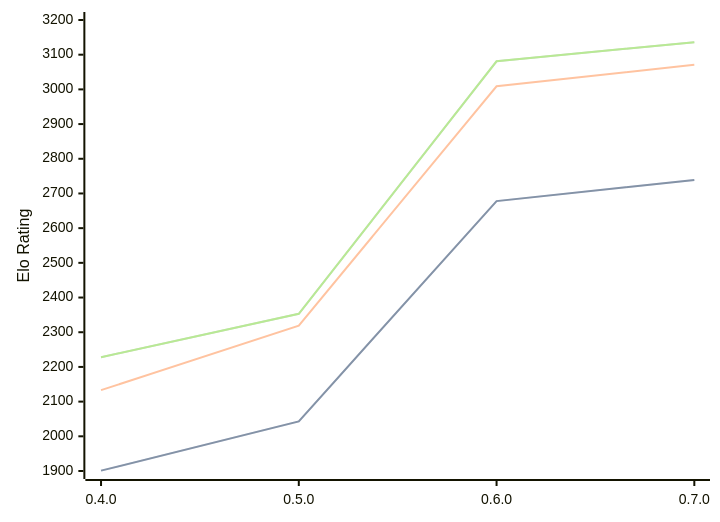
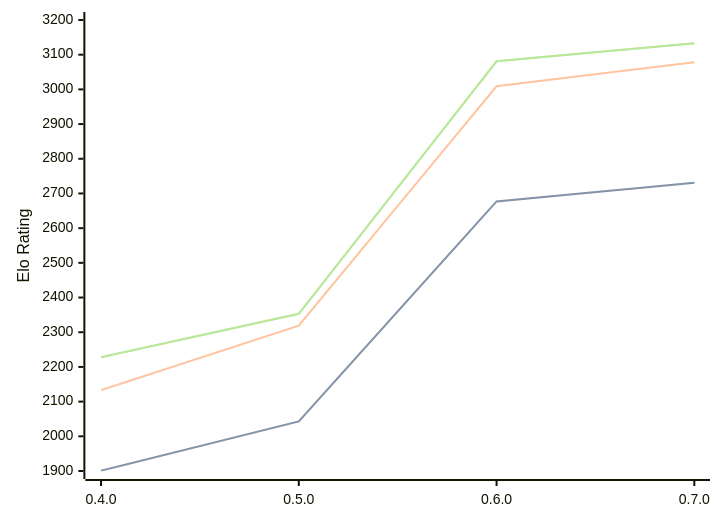
Before and after one commit to computer-chess-index/cci: the diagram in engines/AteNika.md, drawn with Mermaid. The commit also changed other lines of this file, not shown here.

Commit message:
Update CCI Ratings (ELO VLTC) - 2026-09-26

````diff
--- a/engines/AteNika.md
+++ b/engines/AteNika.md
@@ -34,11 +34,11 @@
 ```mermaid
 %%{init: {"theme":"base","themeVariables":{"seriesColors:['#a3a3a3','#222221','#faa371']}}}%%
 xychart-beta
   x-axis ["0.4.0", "0.5.0", "0.6.0", "0.7.0"]
   y-axis "Elo Rating" 1900 --> 3200
-  line "" [1901, 2043, 2678, 2739]
-  line "STC (8.0+0.08s)" [1901, 2043, 2678, 2739]
-  line "LTC (60.0+0.60s)" [2133, 2319, 3009, 3071]
-  line "" [2228, 2353, 3081, 3136]
-  line "VLTC (2m24s+1.12s)" [2228, 2353, 3081, 3136]
+  line "" [1901, 2043, 2677, 2731]
+  line "STC (8.0+0.08s)" [1901, 2043, 2677, 2731]
+  line "LTC (60.0+0.60s)" [2133, 2319, 3009, 3078]
+  line "" [2228, 2353, 3081, 3133]
+  line "VLTC (2m24s+1.12s)" [2228, 2353, 3081, 3133]
 ```
````
